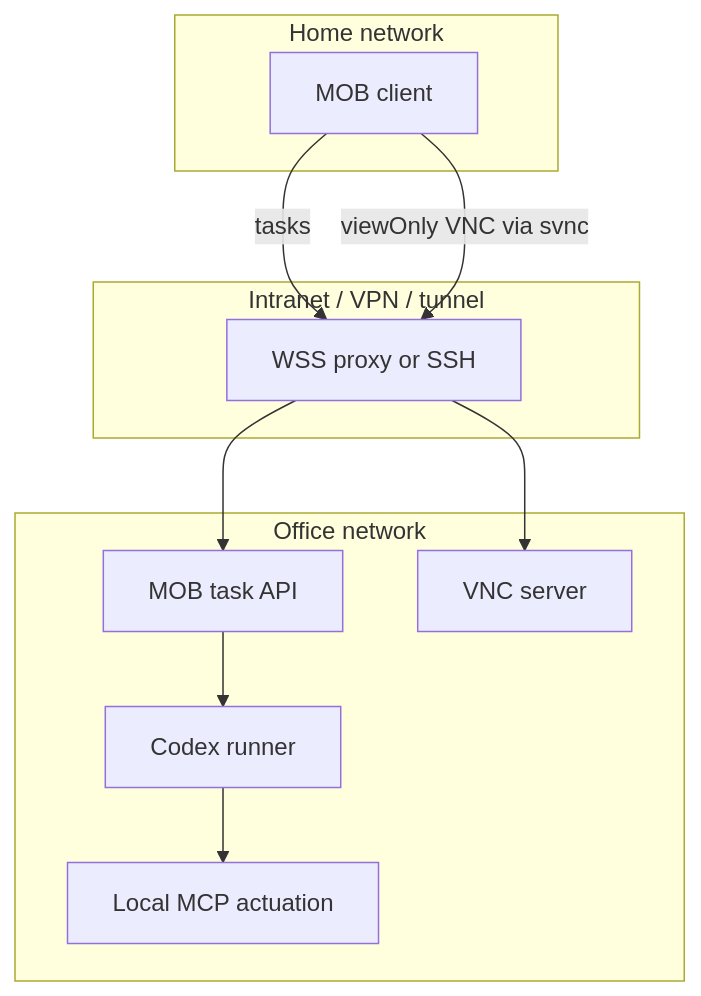
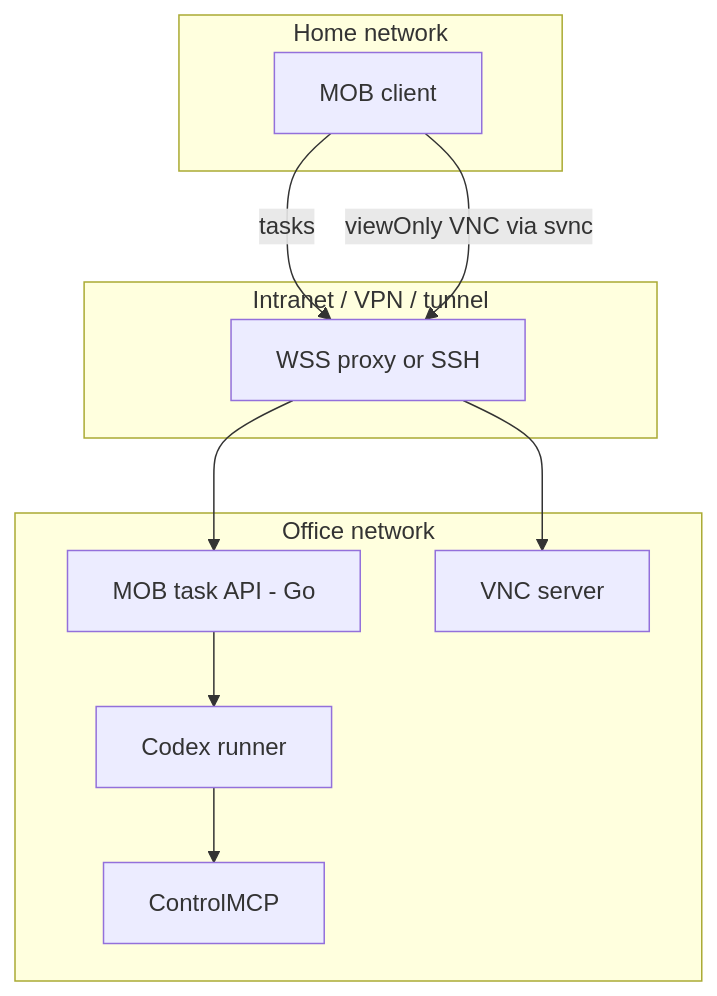
Before and after one commit to CooCoode/mob: the diagram in docs/architecture.md, drawn with Mermaid. The commit also changed other lines of this file and 5 other files, not shown here.

Commit message:
docs: Phase 1 implementation plan (Go + ControlMCP)

````diff
--- a/docs/architecture.md
+++ b/docs/architecture.md
@@ -65,22 +66,22 @@
 ```mermaid
 flowchart TB
   subgraph home [Home network]
     C[MOB client]
   end
 
   subgraph edge [Intranet / VPN / tunnel]
     T[WSS proxy or SSH]
   end
 
   subgraph officeNet [Office network]
-    API[MOB task API]
+    API[MOB task API - Go]
     Runner[Codex runner]
-    MCP[Local MCP actuation]
+    MCP[ControlMCP]
     VNC[VNC server]
   end
 
   C -->|tasks| T --> API
   API --> Runner
   Runner --> MCP
   C -->|viewOnly VNC via svnc| T --> VNC
 ```
````
